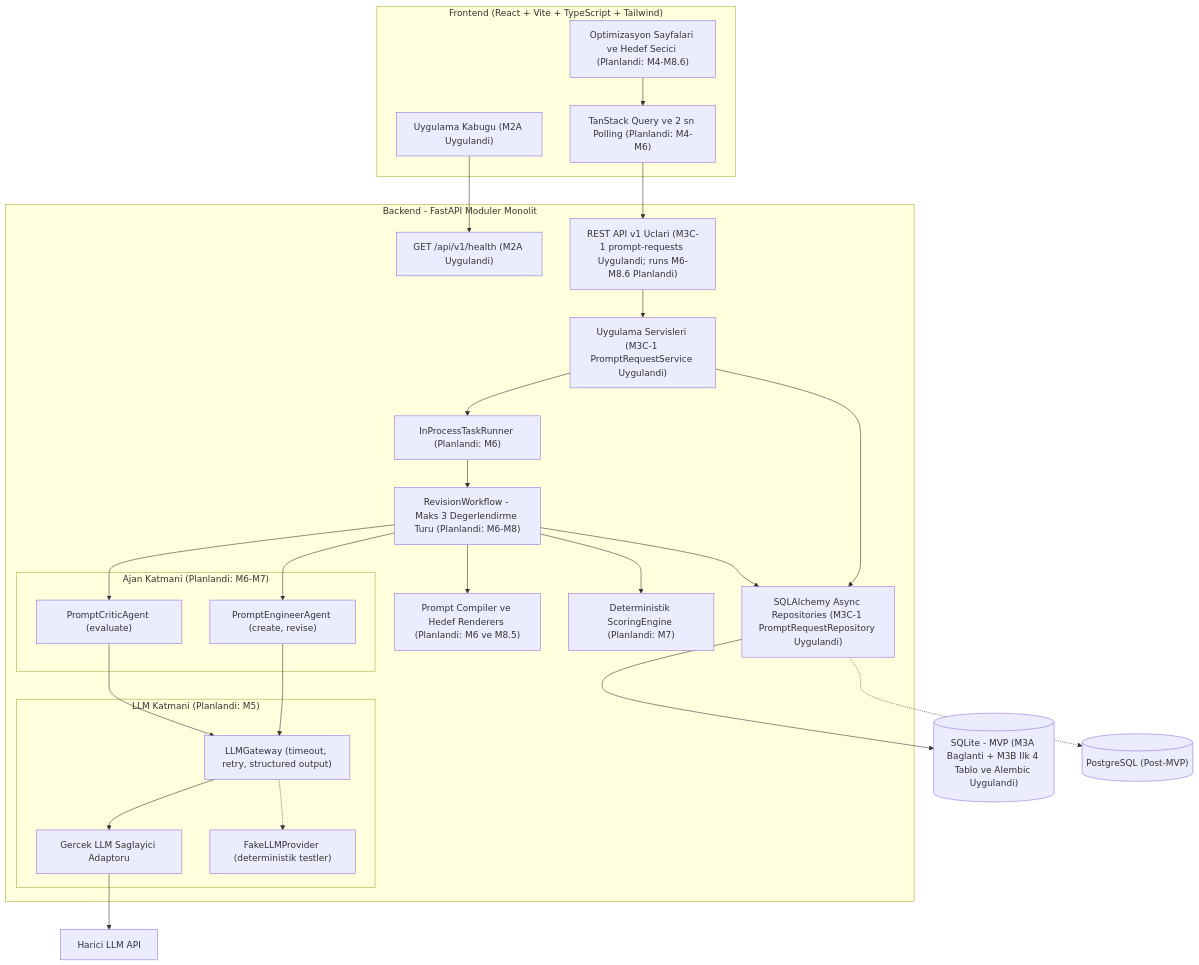
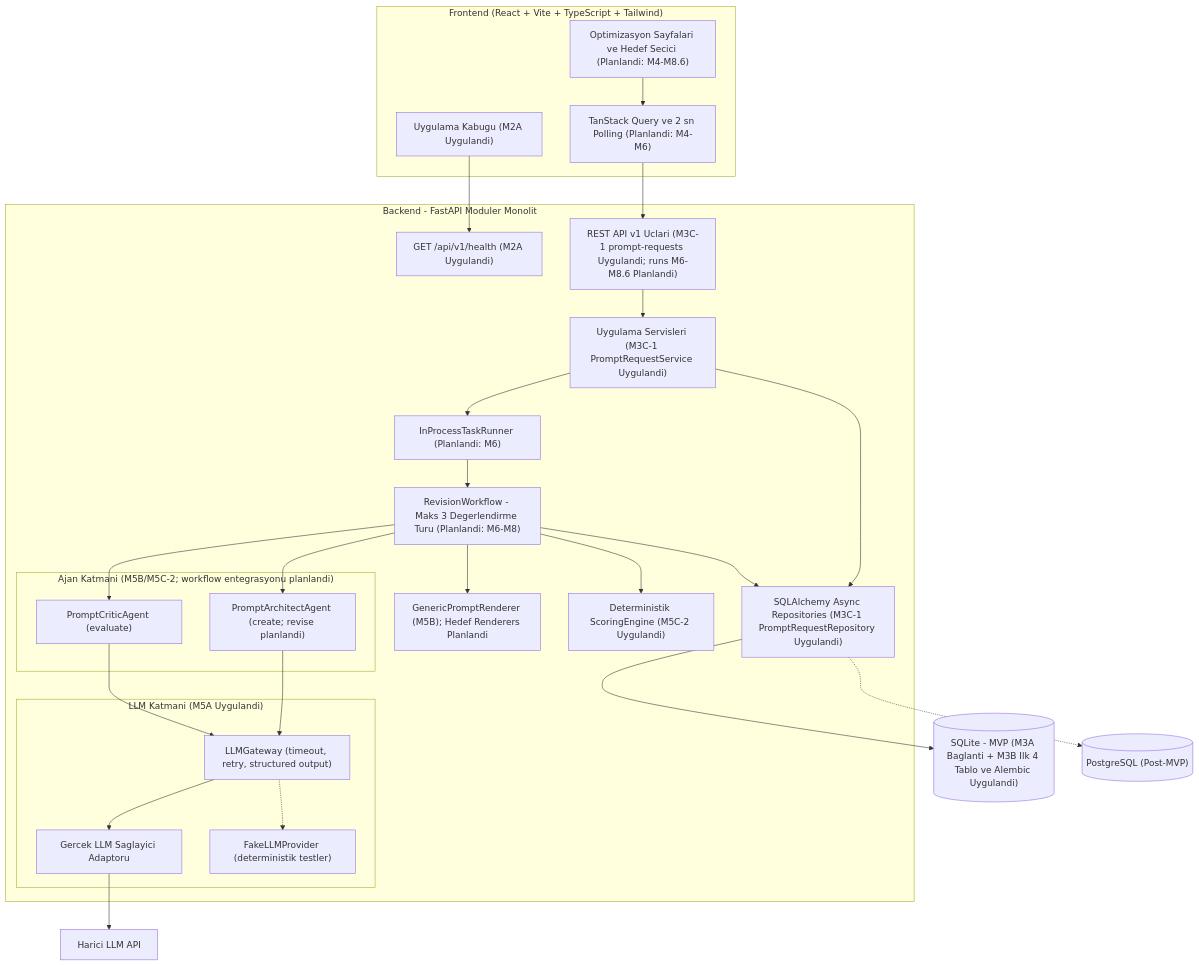
Before and after one commit to sinanturdu/PromptForge-AI: the first of 5 diagrams in docs/architecture.md, drawn with Mermaid. The commit also changed other lines of this file and 27 other files, not shown here.

First line of the commit message:
feat(agents): implement independent Prompt Critic (M5C) (#10)

````diff
--- a/docs/architecture.md
+++ b/docs/architecture.md
@@ -82,55 +82,55 @@
 ```mermaid
 flowchart TD
     subgraph FE["Frontend (React + Vite + TypeScript + Tailwind)"]
         UI["Uygulama Kabugu (M2A Uygulandi)"]
         PAGES["Optimizasyon Sayfalari ve Hedef Secici (Planlandi: M4-M8.6)"]
         POLL["TanStack Query ve 2 sn Polling (Planlandi: M4-M6)"]
     end
 
     subgraph BE["Backend - FastAPI Moduler Monolit"]
         HEALTH["GET /api/v1/health (M2A Uygulandi)"]
         API["REST API v1 Uclari (M3C-1 prompt-requests Uygulandi; runs M6-M8.6 Planlandi)"]
         SVC["Uygulama Servisleri (M3C-1 PromptRequestService Uygulandi)"]
         RUNNER["InProcessTaskRunner (Planlandi: M6)"]
         WF["RevisionWorkflow - Maks 3 Degerlendirme Turu (Planlandi: M6-M8)"]
-        COMP["Prompt Compiler ve Hedef Renderers (Planlandi: M6 ve M8.5)"]
-        SCORE["Deterministik ScoringEngine (Planlandi: M7)"]
+        COMP["GenericPromptRenderer (M5B); Hedef Renderers Planlandi"]
+        SCORE["Deterministik ScoringEngine (M5C-2 Uygulandi)"]
 
-        subgraph AGENTS["Ajan Katmani (Planlandi: M6-M7)"]
-            PE["PromptEngineerAgent (create, revise)"]
+        subgraph AGENTS["Ajan Katmani (M5B/M5C-2; workflow entegrasyonu planlandi)"]
+            PE["PromptArchitectAgent (create; revise planlandi)"]
             PC["PromptCriticAgent (evaluate)"]
         end
 
-        subgraph LLMLAYER["LLM Katmani (Planlandi: M5)"]
+        subgraph LLMLAYER["LLM Katmani (M5A Uygulandi)"]
             GW["LLMGateway (timeout, retry, structured output)"]
             PROV1["Gercek LLM Saglayici Adaptoru"]
             FAKE["FakeLLMProvider (deterministik testler)"]
         end
 
         REPO["SQLAlchemy Async Repositories (M3C-1 PromptRequestRepository Uygulandi)"]
     end
 
     DB[("SQLite - MVP (M3A Baglanti + M3B Ilk 4 Tablo ve Alembic Uygulandi)")]
     PG[("PostgreSQL (Post-MVP)")]
     EXT["Harici LLM API"]
 
     UI --> HEALTH
     PAGES --> POLL
     POLL --> API
     API --> SVC
     SVC --> REPO
     SVC --> RUNNER
     RUNNER --> WF
     WF --> PE
     WF --> COMP
     WF --> PC
     WF --> SCORE
     WF --> REPO
     PE --> GW
     PC --> GW
     GW --> PROV1
     GW -.-> FAKE
     PROV1 --> EXT
     REPO --> DB
     REPO -.-> PG
 ```
````
